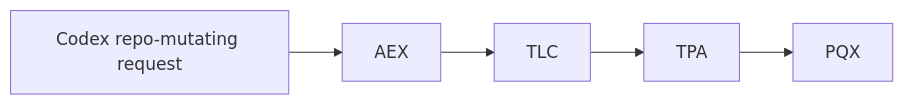
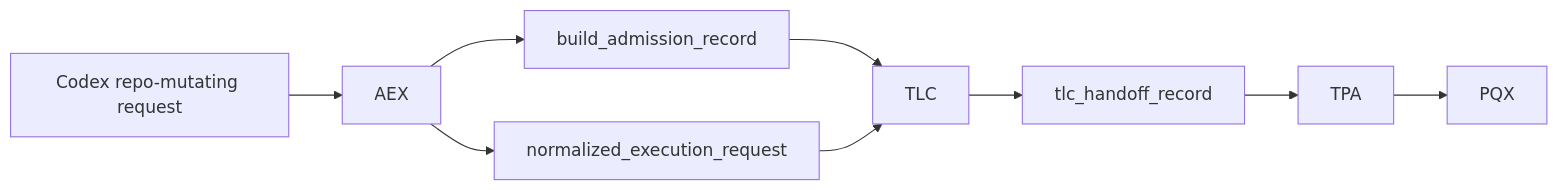
One commit to nicklasorte/spectrum-systems changed the diagram in docs/architecture/system_registry.md. Above: the diagram before and after it, drawn with Mermaid. The commit also changed other lines of this file and 10 other files, not shown here.

Commit message:
BATCH-AEX-06: contractize TLC repo-write handoff artifact

````diff
--- a/docs/architecture/system_registry.md
+++ b/docs/architecture/system_registry.md
@@ -330,7 +335,11 @@
 ```mermaid
 flowchart LR
     CR[Codex repo-mutating request] --> AEX[AEX]
-    AEX --> TLC[TLC]
-    TLC --> TPA[TPA]
+    AEX --> BAR[build_admission_record]
+    AEX --> NER[normalized_execution_request]
+    BAR --> TLC[TLC]
+    NER --> TLC
+    TLC --> THR[tlc_handoff_record]
+    THR --> TPA[TPA]
     TPA --> PQX[PQX]
 ```
````
